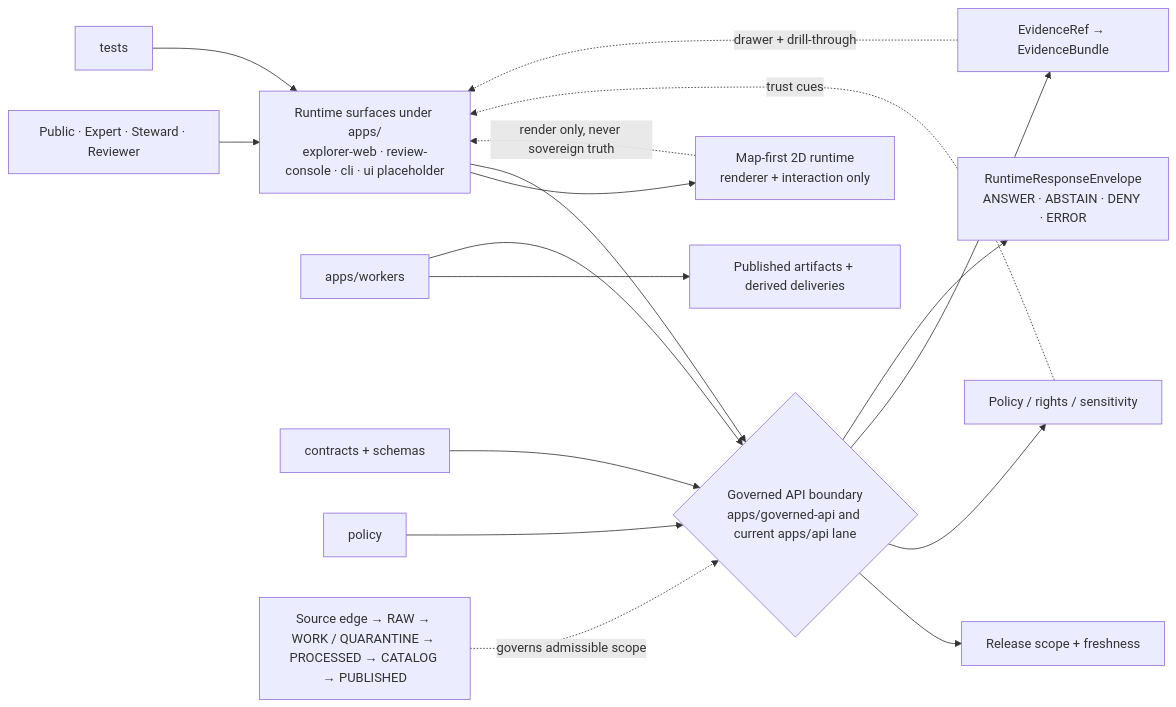
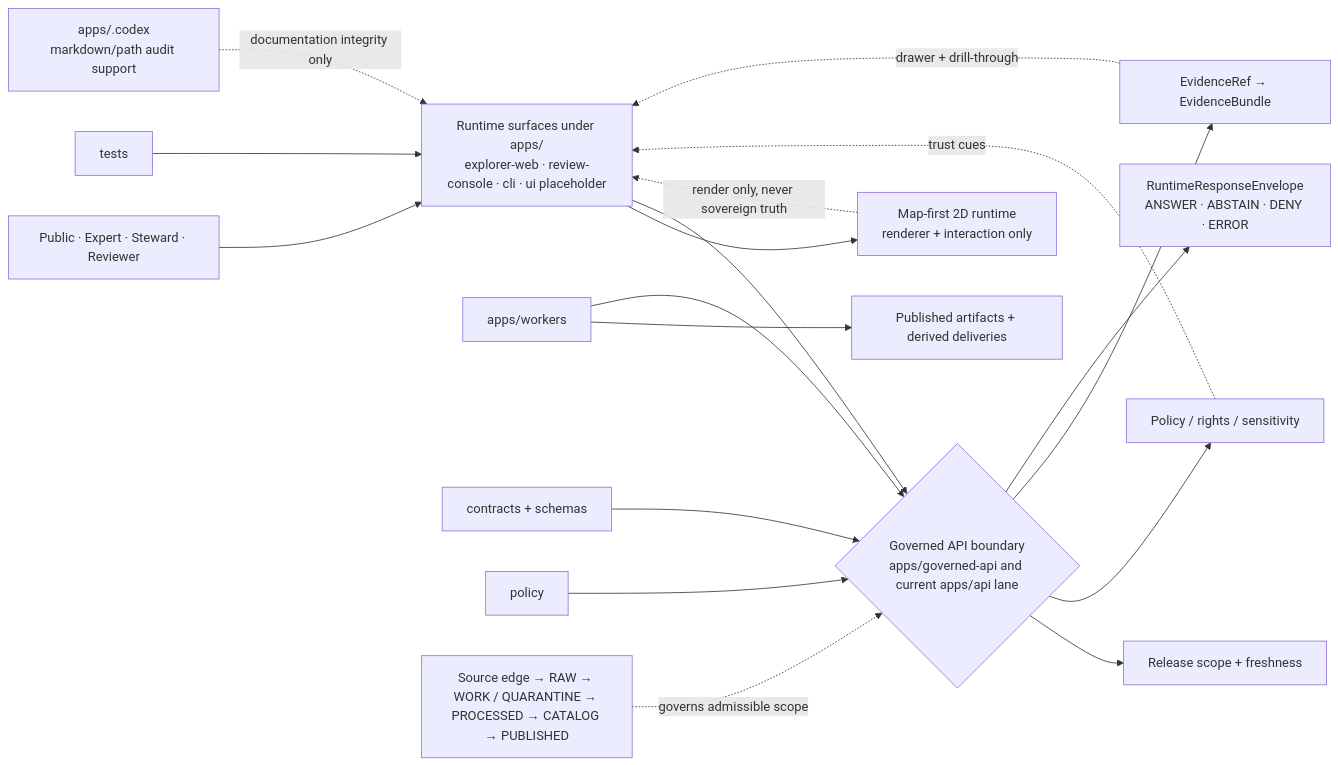
One commit to bartytime4life/Kansas-Frontier-Matrix changed the diagram in apps/README.md. Above: the diagram before and after it, drawn with Mermaid. The commit also changed other lines of this file, not shown here.

````diff
--- a/apps/README.md
+++ b/apps/README.md
@@ -347,24 +363,25 @@
 ```mermaid
 flowchart LR
     User[Public · Expert · Steward · Reviewer] --> Shell[Runtime surfaces under apps/<br/>explorer-web · review-console · cli · ui placeholder]
 
     Shell --> MapRuntime[Map-first 2D runtime<br/>renderer + interaction only]
     Shell --> APIBoundary{Governed API boundary<br/>apps/governed-api and current apps/api lane}
 
     APIBoundary --> Release[Release scope + freshness]
     APIBoundary --> Policy[Policy / rights / sensitivity]
     APIBoundary --> Evidence[EvidenceRef → EvidenceBundle]
     APIBoundary --> Runtime[RuntimeResponseEnvelope<br/>ANSWER · ABSTAIN · DENY · ERROR]
 
     Workers[apps/workers] --> Published[Published artifacts + derived deliveries]
     Workers --> APIBoundary
 
     Contracts[contracts + schemas] --> APIBoundary
     PolicySurface[policy] --> APIBoundary
     Tests[tests] --> Shell
 
+    Support[apps/.codex<br/>markdown/path audit support] -. documentation integrity only .-> Shell
     Canonical[Source edge → RAW → WORK / QUARANTINE → PROCESSED → CATALOG → PUBLISHED] -. governs admissible scope .-> APIBoundary
     MapRuntime -. render only, never sovereign truth .-> Shell
     Evidence -. drawer + drill-through .-> Shell
     Policy -. trust cues .-> Shell
 ```
````
